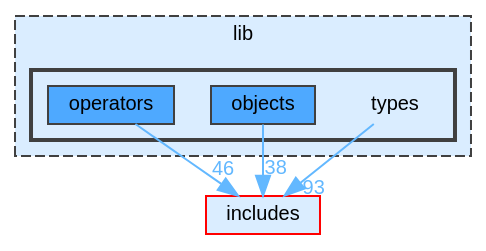
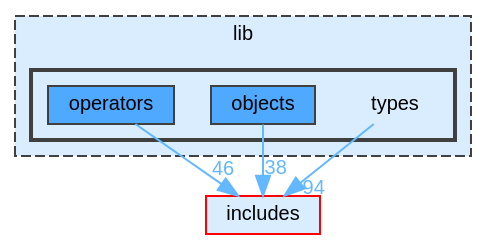
Before and after one commit to JS-CMP/JS-CMP: the diagram in dir_560694f03ee5bf1136d79e4f1ca1ca37_dep.dot, drawn with Graphviz. The commit also changed 269 other files, not shown here.

```diff
--- a/dir_560694f03ee5bf1136d79e4f1ca1ca37_dep.dot
+++ b/dir_560694f03ee5bf1136d79e4f1ca1ca37_dep.dot
@@ -1,21 +1,21 @@
 digraph "lib/types"
 {
  // LATEX_PDF_SIZE
   bgcolor="transparent";
   edge [fontname=Helvetica,fontsize=10,labelfontname=Helvetica,labelfontsize=10];
   node [fontname=Helvetica,fontsize=10,shape=box,height=0.2,width=0.4];
   compound=true
   subgraph clusterdir_97aefd0d527b934f1d99a682da8fe6a9 {
     graph [ bgcolor="#daedff", pencolor="grey25", label="lib", fontname=Helvetica,fontsize=10 style="filled,dashed", URL="dir_97aefd0d527b934f1d99a682da8fe6a9.html",tooltip=""]
   subgraph clusterdir_560694f03ee5bf1136d79e4f1ca1ca37 {
     graph [ bgcolor="#daedff", pencolor="grey25", label="", fontname=Helvetica,fontsize=10 style="filled,bold", URL="dir_560694f03ee5bf1136d79e4f1ca1ca37.html",tooltip=""]
     dir_560694f03ee5bf1136d79e4f1ca1ca37 [shape=plaintext, label="types"];
   dir_5cf2d1decf7560474321a2736fa1e755 [label="objects", fillcolor="#4ea9ff", color="grey25", style="filled", URL="dir_5cf2d1decf7560474321a2736fa1e755.html",tooltip=""];
   dir_cc8d397db54d25297def3a698c833207 [label="operators", fillcolor="#4ea9ff", color="grey25", style="filled", URL="dir_cc8d397db54d25297def3a698c833207.html",tooltip=""];
   }
   }
   dir_09e761304027c904456130627fd4dcf5 [label="includes", fillcolor="#daedff", color="red", style="filled", URL="dir_09e761304027c904456130627fd4dcf5.html",tooltip=""];
-  dir_560694f03ee5bf1136d79e4f1ca1ca37->dir_09e761304027c904456130627fd4dcf5 [headlabel="93", labeldistance=1.5 headhref="dir_000027_000009.html" href="dir_000027_000009.html" color="steelblue1" fontcolor="steelblue1"];
-  dir_5cf2d1decf7560474321a2736fa1e755->dir_09e761304027c904456130627fd4dcf5 [headlabel="38", labeldistance=1.5 headhref="dir_000020_000009.html" href="dir_000020_000009.html" color="steelblue1" fontcolor="steelblue1"];
-  dir_cc8d397db54d25297def3a698c833207->dir_09e761304027c904456130627fd4dcf5 [headlabel="46", labeldistance=1.5 headhref="dir_000021_000009.html" href="dir_000021_000009.html" color="steelblue1" fontcolor="steelblue1"];
+  dir_560694f03ee5bf1136d79e4f1ca1ca37->dir_09e761304027c904456130627fd4dcf5 [headlabel="94", labeldistance=1.5 headhref="dir_000030_000012.html" href="dir_000030_000012.html" color="steelblue1" fontcolor="steelblue1"];
+  dir_5cf2d1decf7560474321a2736fa1e755->dir_09e761304027c904456130627fd4dcf5 [headlabel="38", labeldistance=1.5 headhref="dir_000023_000012.html" href="dir_000023_000012.html" color="steelblue1" fontcolor="steelblue1"];
+  dir_cc8d397db54d25297def3a698c833207->dir_09e761304027c904456130627fd4dcf5 [headlabel="46", labeldistance=1.5 headhref="dir_000024_000012.html" href="dir_000024_000012.html" color="steelblue1" fontcolor="steelblue1"];
 }
```
